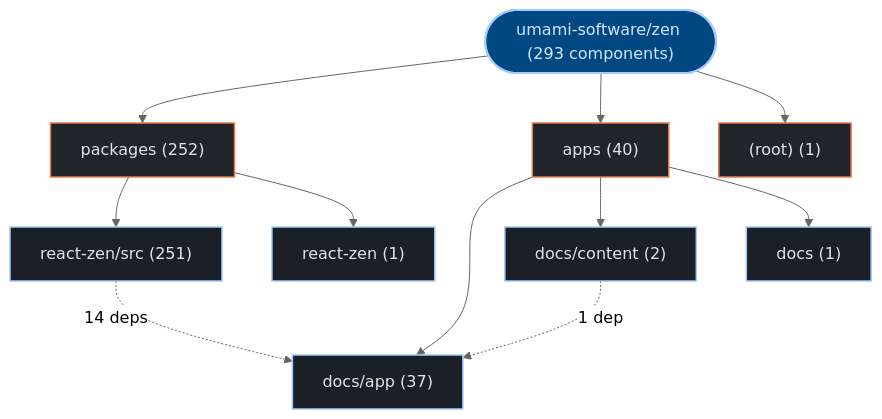
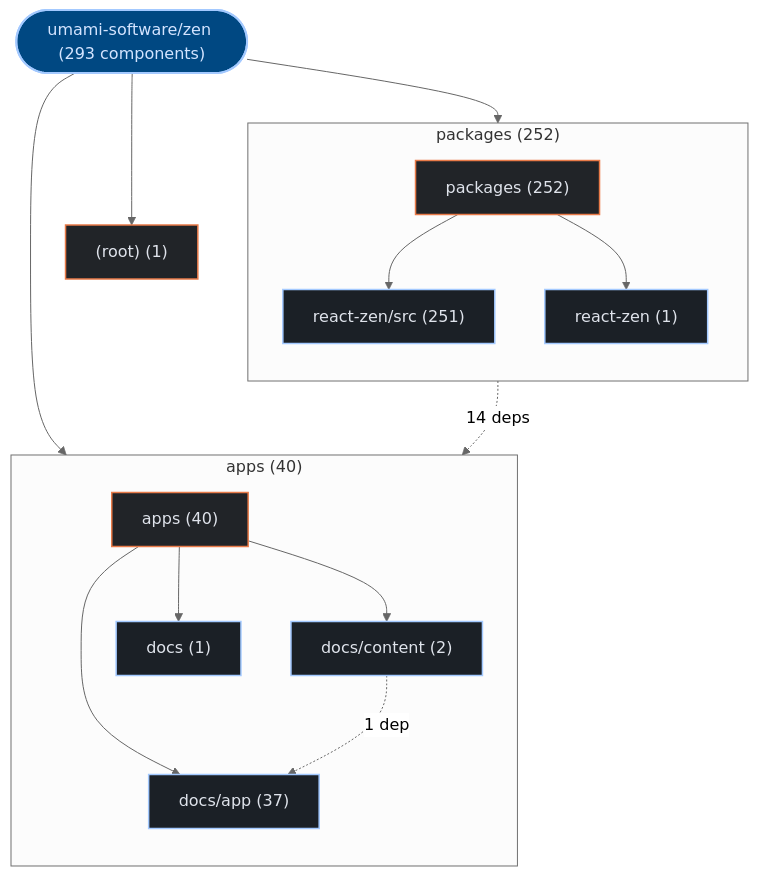
Before and after one commit to kumarshaz/atruss-code-atlas: the first of 2 diagrams in exports/latest/reports/umami-software-zen-report.md, drawn with Mermaid (neutral theme). The commit also changed 178 other files, not shown here.

Commit message:
feat(ui,mermaid): upgrade to mermaid v12 + ELK layout, add orgs-summary + pagination, subgraph building blocks, fix tab alignment

````diff
--- a/exports/latest/reports/umami-software-zen-report.md
+++ b/exports/latest/reports/umami-software-zen-report.md
@@ -41,29 +41,35 @@
 ```mermaid
 graph TD;
   classDef atlasRoot fill:#004882,stroke:#a3c9ff,stroke-width:2px,color:#d3e4ff
   classDef atlasCategory fill:#212428,stroke:#E87A48,stroke-width:1.5px,color:#dfe3eb
   classDef atlasWorkflow fill:#1b2026,stroke:#a3c9ff,stroke-width:1.5px,color:#dfe3eb
   classDef atlasJob fill:#171c22,stroke:#8d9199,stroke-width:1px,color:#dfe3eb
   classDef atlasTarget fill:#005227,stroke:#8bd99b,stroke-width:1.5px,color:#a7f6b6
   classDef atlasAlert fill:#93000a,stroke:#ffb4ab,stroke-width:1.5px,color:#ffdad6
   classDef atlasMore fill:#252a31,stroke:#8d9199,stroke-dasharray:4 4,color:#c3c6cf
     repo_root(["umami-software/zen (293 components)"]):::atlasRoot
-    dir_0_packages["packages (252)"]:::atlasCategory
+    subgraph sg_dir_0_packages["packages (252)"]
+      direction TB
+      dir_0_packages["packages (252)"]:::atlasCategory
+      sub_0_0_react_zen_src["react-zen/src (251)"]:::atlasWorkflow
+      dir_0_packages --> sub_0_0_react_zen_src
+      sub_0_1_react_zen["react-zen (1)"]:::atlasWorkflow
+      dir_0_packages --> sub_0_1_react_zen
+    end
     repo_root --> dir_0_packages
-    sub_0_0_react_zen_src["react-zen/src (251)"]:::atlasWorkflow
-    dir_0_packages --> sub_0_0_react_zen_src
-    sub_0_1_react_zen["react-zen (1)"]:::atlasWorkflow
-    dir_0_packages --> sub_0_1_react_zen
-    dir_1_apps["apps (40)"]:::atlasCategory
+    subgraph sg_dir_1_apps["apps (40)"]
+      direction TB
+      dir_1_apps["apps (40)"]:::atlasCategory
+      sub_1_0_docs_app["docs/app (37)"]:::atlasWorkflow
+      dir_1_apps --> sub_1_0_docs_app
+      sub_1_1_docs_content["docs/content (2)"]:::atlasWorkflow
+      dir_1_apps --> sub_1_1_docs_content
+      sub_1_2_docs["docs (1)"]:::atlasWorkflow
+      dir_1_apps --> sub_1_2_docs
+    end
     repo_root --> dir_1_apps
-    sub_1_0_docs_app["docs/app (37)"]:::atlasWorkflow
-    dir_1_apps --> sub_1_0_docs_app
-    sub_1_1_docs_content["docs/content (2)"]:::atlasWorkflow
-    dir_1_apps --> sub_1_1_docs_content
-    sub_1_2_docs["docs (1)"]:::atlasWorkflow
-    dir_1_apps --> sub_1_2_docs
     dir_2__root_["(root) (1)"]:::atlasCategory
     repo_root --> dir_2__root_
     sub_0_0_react_zen_src -.->|"14 deps"| sub_1_0_docs_app
     sub_1_1_docs_content -.->|"1 dep"| sub_1_0_docs_app
 ```
````
